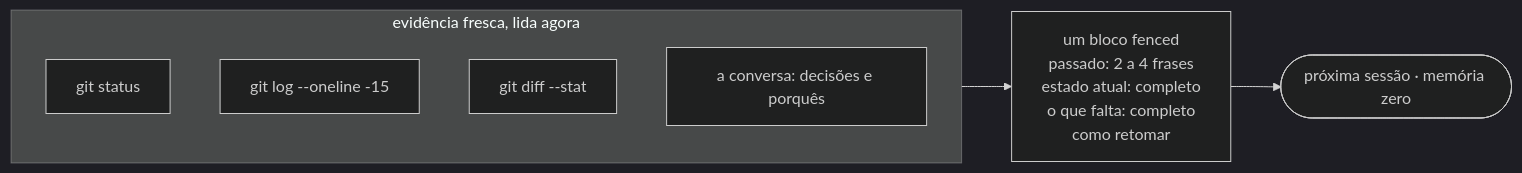
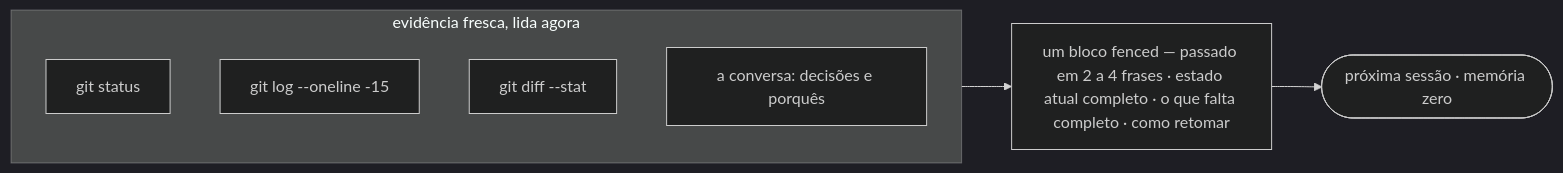
One commit to will-pagane/claude-setup changed the ninth of 9 diagrams in docs/cadeia-session.md. Above: the diagram before and after it, drawn with Mermaid (dark theme). The commit also changed other lines of this file, not shown here.

First line of the commit message:
fix(docs): drop <br/> from mermaid labels, GitHub strips it

````diff
--- a/docs/cadeia-session.md
+++ b/docs/cadeia-session.md
@@ -248,12 +248,12 @@
 ```mermaid
 flowchart LR
     subgraph ev["evidência fresca, lida agora"]
         s["git status"]
         l["git log --oneline -15"]
         df["git diff --stat"]
         cv["a conversa: decisões e porquês"]
     end
 
-    ev --> bl["um bloco fenced<br/>passado: 2 a 4 frases<br/>estado atual: completo<br/>o que falta: completo<br/>como retomar"]
+    ev --> bl["um bloco fenced — passado em 2 a 4 frases · estado atual completo · o que falta completo · como retomar"]
     bl --> px([próxima sessão · memória zero])
 ```
````
